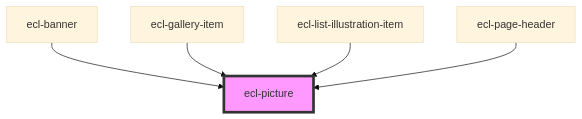
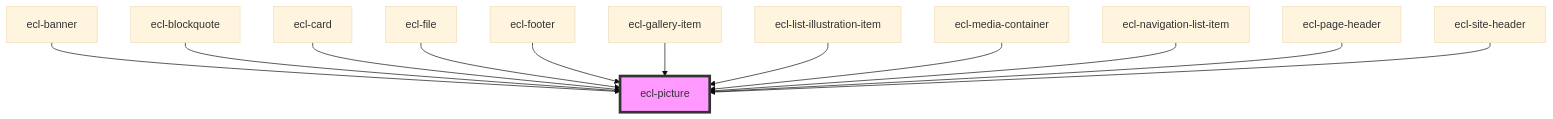
The diagram in src/components/ecl-picture/readme.md (ec-europa/ecl-webcomponents), drawn with Mermaid (base theme) before and after one commit. The commit also changed other lines of this file and 77 other files, not shown here.

````diff
--- a/src/components/ecl-picture/readme.md
+++ b/src/components/ecl-picture/readme.md
@@ -29,8 +36,15 @@
 ```mermaid
 graph TD;
   ecl-banner --> ecl-picture
+  ecl-blockquote --> ecl-picture
+  ecl-card --> ecl-picture
+  ecl-file --> ecl-picture
+  ecl-footer --> ecl-picture
   ecl-gallery-item --> ecl-picture
   ecl-list-illustration-item --> ecl-picture
+  ecl-media-container --> ecl-picture
+  ecl-navigation-list-item --> ecl-picture
   ecl-page-header --> ecl-picture
+  ecl-site-header --> ecl-picture
   style ecl-picture fill:#f9f,stroke:#333,stroke-width:4px
 ```
````
